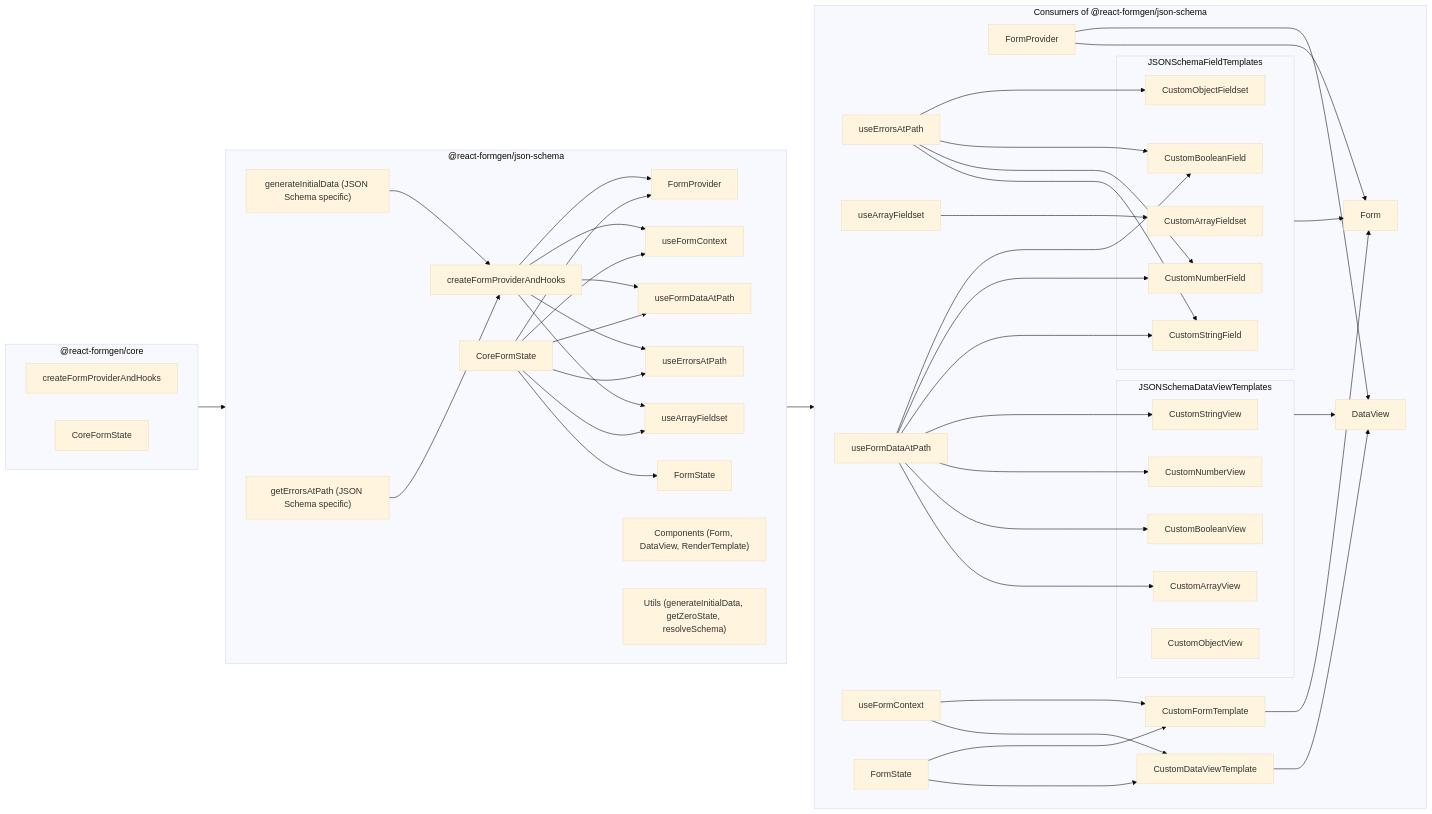
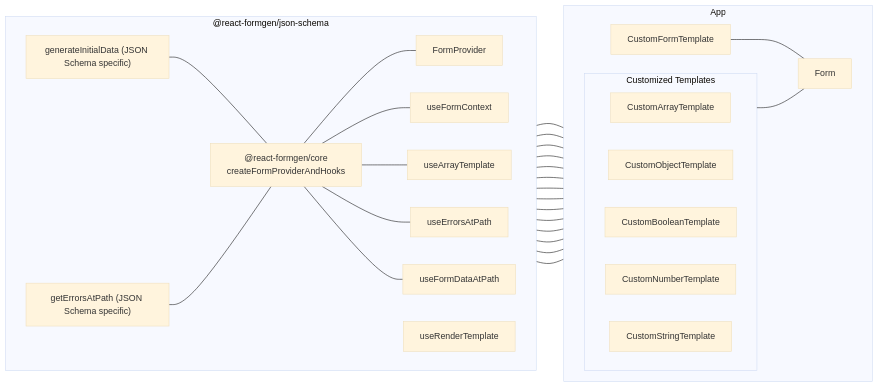
The diagram in README.md (rycont/react-formgen), drawn with Mermaid (base theme) before and after one commit. The commit also changed other lines of this file and 11 other files, not shown here.

````diff
--- a/README.md
+++ b/README.md
@@ -22,96 +32,44 @@
 ```mermaid
-graph LR
-    subgraph Core["@react-formgen/core"]
-        direction LR
-        CoreProviderHooks["createFormProviderAndHooks"]
-        CoreState["CoreFormState"]
-    end
-
-    subgraph JSONSchemaPackage["@react-formgen/json-schema"]
-        direction LR
-        JSONSchemaProviderHooks["createFormProviderAndHooks"]
-        JSONSchemaCoreState["CoreFormState<JSONSchema7, ErrorObject>"]
-        JSONSchemaState["FormState"]
+flowchart LR
+ subgraph JSONSchemaPackage["@react-formgen/json-schema"]
+    direction LR
         JSONSchemaProvider["FormProvider"]
         JSONSchemaContext["useFormContext"]
         JSONSchemaDataAtPath["useFormDataAtPath"]
         JSONSchemaErrorsAtPath["useErrorsAtPath"]
-        JSONSchemaArrayFieldset["useArrayFieldset"]
+        JSONSchemaArrayFieldset["useArrayTemplate"]
         JSONSchemaInitialData["generateInitialData (JSON Schema specific)"]
         JSONSchemaErrorsPath["getErrorsAtPath (JSON Schema specific)"]
-        JSONSchemaComponents["Components (Form, DataView, RenderTemplate)"]
-        JSONSchemaUtils["Utils (generateInitialData, getZeroState, resolveSchema)"]
+        CoreProviderHooks["@react-formgen/core<br>createFormProviderAndHooks"]
+        useRenderTemplate["useRenderTemplate"]
+  end
+ subgraph JSONSchemaFieldTemplates["Customized Templates"]
+        ArrayFieldset["CustomArrayTemplate"]
+        ObjectFieldset["CustomObjectTemplate"]
+        BooleanField["CustomBooleanTemplate"]
+        NumberField["CustomNumberTemplate"]
+        StringField["CustomStringTemplate"]
+  end
+ subgraph JSONSchemaConsumers["App"]
+    direction LR
+        JSONSchemaFieldTemplates
+        FormTemplate["CustomFormTemplate"]
+        Form["Form"]
+  end
+    FormTemplate --- Form
+    JSONSchemaFieldTemplates --- Form
+    JSONSchemaPackage --- JSONSchemaConsumers
+    JSONSchemaProvider --- Form
+    useRenderTemplate --- ObjectFieldset & ArrayFieldset & FormTemplate
+    JSONSchemaArrayFieldset --- ArrayFieldset
+    JSONSchemaContext --- FormTemplate
+    JSONSchemaDataAtPath --- StringField & BooleanField & NumberField
+    JSONSchemaInitialData --- CoreProviderHooks
+    JSONSchemaErrorsPath --- CoreProviderHooks
+    CoreProviderHooks --- JSONSchemaContext & JSONSchemaProvider & JSONSchemaArrayFieldset & JSONSchemaErrorsAtPath & JSONSchemaDataAtPath
+    JSONSchemaErrorsAtPath --- ObjectFieldset & BooleanField & NumberField & StringField
 
-        JSONSchemaInitialData --> JSONSchemaProviderHooks
-        JSONSchemaErrorsPath --> JSONSchemaProviderHooks
-        JSONSchemaProviderHooks --> JSONSchemaProvider
-        JSONSchemaProviderHooks --> JSONSchemaContext
-        JSONSchemaProviderHooks --> JSONSchemaDataAtPath
-        JSONSchemaProviderHooks --> JSONSchemaErrorsAtPath
-        JSONSchemaProviderHooks --> JSONSchemaArrayFieldset
-        JSONSchemaCoreState --> JSONSchemaState
-        JSONSchemaCoreState --> JSONSchemaProvider
-        JSONSchemaCoreState --> JSONSchemaContext
-        JSONSchemaCoreState --> JSONSchemaDataAtPath
-        JSONSchemaCoreState --> JSONSchemaErrorsAtPath
-        JSONSchemaCoreState --> JSONSchemaArrayFieldset
-    end
 
-    subgraph JSONSchemaConsumers["Consumers of @react-formgen/json-schema"]
-	    direction LR
-        ConsumerErrorsAtPath["useErrorsAtPath"]
-        ConsumerArrayFieldset["useArrayFieldset"]
-        ConsumerDataAtPath["useFormDataAtPath"]
-        ConsumerContext["useFormContext"]
-        ConsumerState["FormState"]
-        ConsumerProvider["FormProvider"]
 
-        subgraph JSONSchemaDataViewTemplates["JSONSchemaDataViewTemplates"]
-			StringView["CustomStringView"]
-            NumberView["CustomNumberView"]
-            BooleanView["CustomBooleanView"]
-            ArrayView["CustomArrayView"]
-            ObjectView["CustomObjectView"]
-		end
 
-		subgraph JSONSchemaFieldTemplates["JSONSchemaFieldTemplates"]
-			ArrayFieldset["CustomArrayFieldset"]
-			ObjectFieldset["CustomObjectFieldset"]
-			BooleanField["CustomBooleanField"]
-			NumberField["CustomNumberField"]
-			StringField["CustomStringField"]
-        end
-
-        FormTemplate["CustomFormTemplate"]
-        DataViewTemplate["CustomDataViewTemplate"]
-        DataView["DataView"]
-        Form["Form"]
-
-        FormTemplate --> Form
-        DataViewTemplate --> DataView
-        ConsumerErrorsAtPath ---> ObjectFieldset
-        ConsumerErrorsAtPath ---> BooleanField
-        ConsumerErrorsAtPath ---> NumberField
-        ConsumerErrorsAtPath ---> StringField
-        ConsumerArrayFieldset ---> ArrayFieldset
-        ConsumerDataAtPath ---> BooleanField
-        ConsumerDataAtPath ---> NumberField
-        ConsumerDataAtPath ---> StringField
-        ConsumerDataAtPath ---> StringView
-        ConsumerDataAtPath ---> NumberView
-        ConsumerDataAtPath ---> BooleanView
-        ConsumerDataAtPath ---> ArrayView
-        ConsumerContext ---> FormTemplate
-        ConsumerContext ---> DataViewTemplate
-        ConsumerState ---> FormTemplate
-        ConsumerState ---> DataViewTemplate
-        ConsumerProvider ---> DataView
-        ConsumerProvider ---> Form
-        JSONSchemaDataViewTemplates --> DataView
-        JSONSchemaFieldTemplates --> Form
-    end
-
-    %% Relations
-    Core --> JSONSchemaPackage
-    JSONSchemaPackage --> JSONSchemaConsumers
 ```
````
